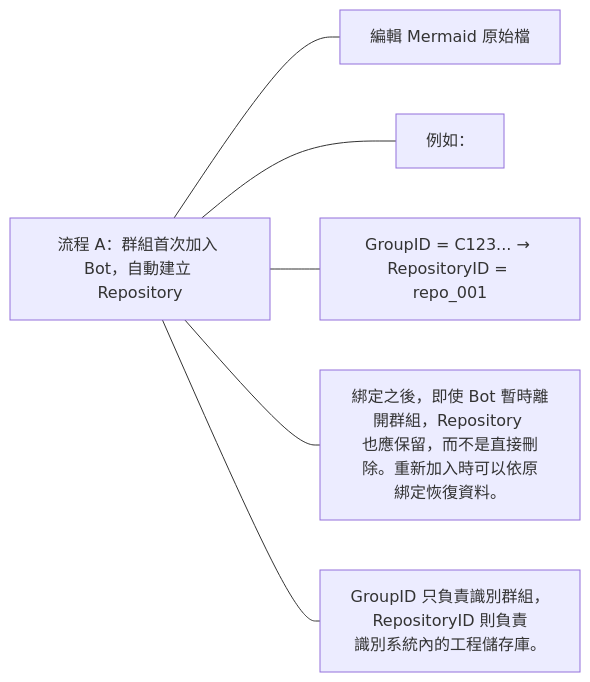
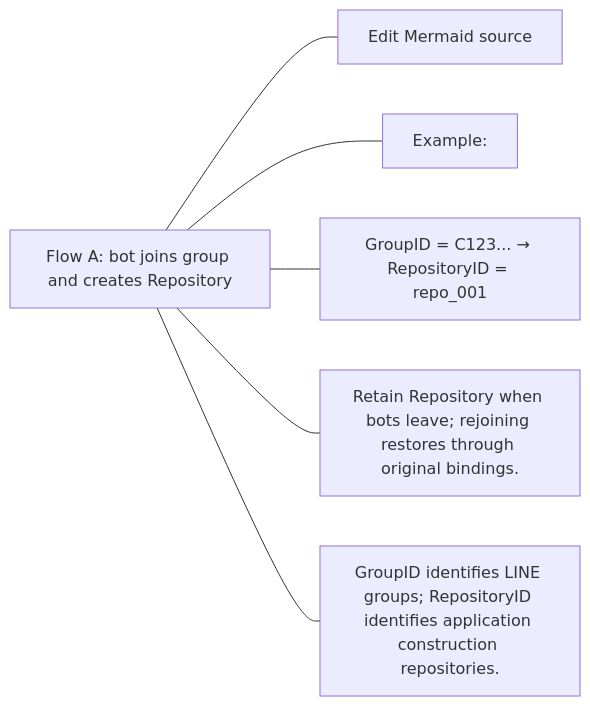
One commit to 963sup/line-mini-app-bot changed diagram 17 of 38 in docs/proposals/line-engineering/README.md. Above: the diagram before and after it, drawn with Mermaid. The commit also changed other lines of this file and 341 other files, not shown here.

````diff
--- a/docs/proposals/line-engineering/README.md
+++ b/docs/proposals/line-engineering/README.md
@@ -196,10 +200,10 @@
 ```mermaid
 flowchart LR
-  h["流程 A：群組首次加入 Bot，自動建立 <br/>Repository"]
-  h --- n0["編輯 Mermaid 原始檔"]
+  h["Flow A: bot joins group and creates Repository"]
+  h --- n0["Edit Mermaid source"]
   click n0 "diagrams/group-join.mermaid"
-  h --- n1["例如："]
+  h --- n1["Example:"]
   h --- n2["GroupID = C123... → RepositoryID = repo_001"]
-  h --- n3["綁定之後，即使 Bot 暫時離開群組，Repository <br/>也應保留，而不是直接刪除。重新加入時可以依原<br/>綁定恢復資料。"]
-  h --- n4["GroupID 只負責識別群組，RepositoryID 則負責<br/>識別系統內的工程儲存庫。"]
+  h --- n3["Retain Repository when bots leave; rejoining restores through original bindings."]
+  h --- n4["GroupID identifies LINE groups; RepositoryID identifies application construction repositories."]
 ```
````
